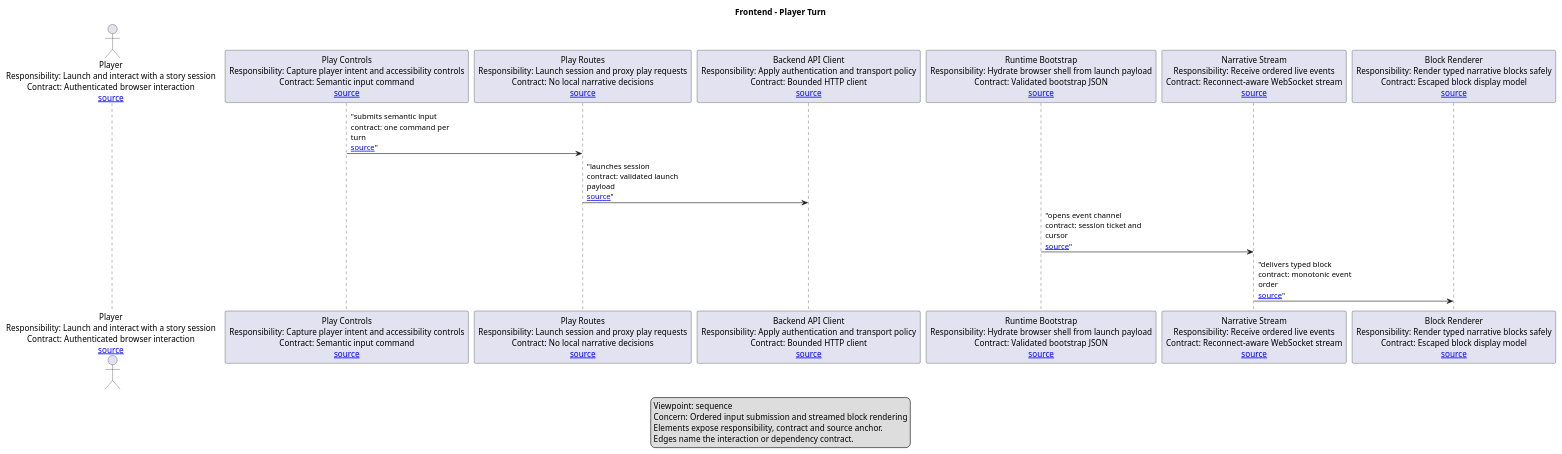
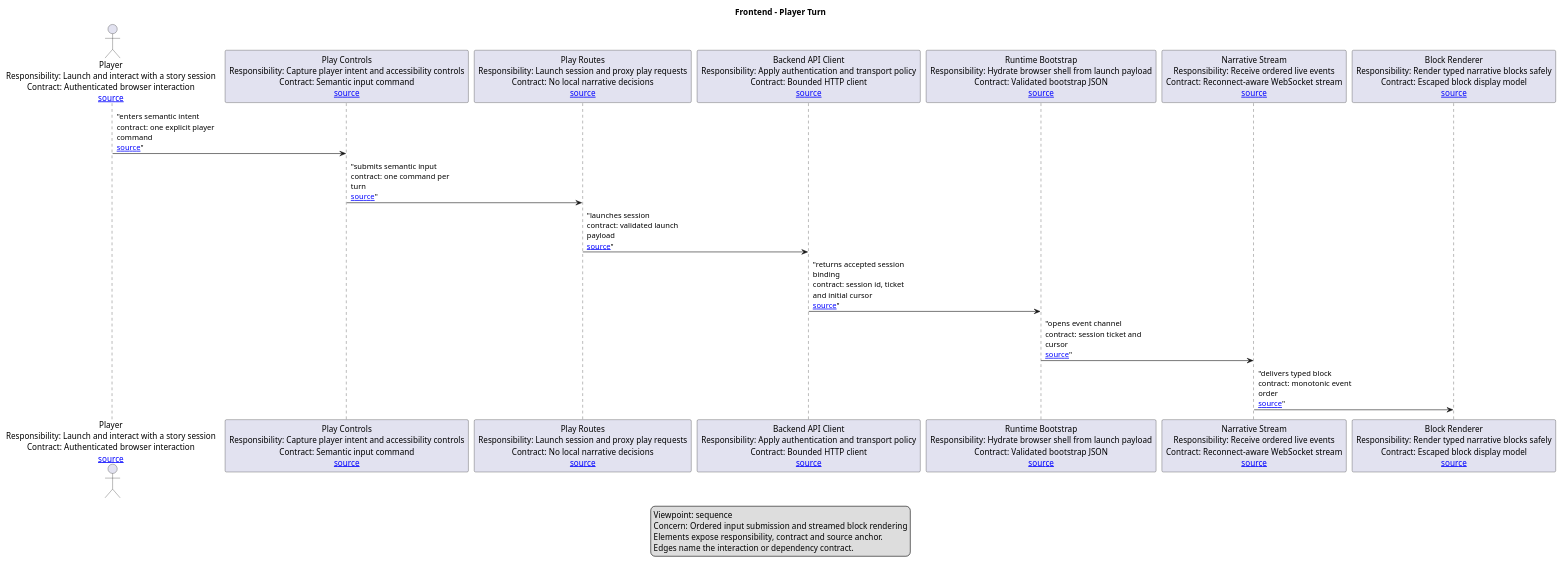
Before and after one commit to Held0fTheWelt/ASHEN-SHELL: the diagram in UML/Components/frontend/sequence/player-turn-sequence.puml, drawn with PlantUML. The commit also changed 146 other files, not shown here.

Commit message:
feat(architecture): establish executable arc42 runtime design

```diff
--- a/UML/Components/frontend/sequence/player-turn-sequence.puml
+++ b/UML/Components/frontend/sequence/player-turn-sequence.puml
@@ -1,37 +1,39 @@
 @startuml
 ' bt-view-kind: sequence
 ' bt-view-id: frontend:player-turn
 title Frontend - Player Turn
 
 skinparam shadowing false
 skinparam wrapWidth 220
 skinparam maxMessageSize 180
 
 ' bt-element-id: player
 ' bt-element-id: controls
 ' bt-element-id: play_routes
 ' bt-element-id: api_client
 ' bt-element-id: bootstrap
 ' bt-element-id: stream
 ' bt-element-id: renderer
 
 actor "Player\nResponsibility: Launch and interact with a story session\nContract: Authenticated browser interaction\n[[../../../../frontend/templates/session_shell.html source]]" as player
 participant "Play Controls\nResponsibility: Capture player intent and accessibility controls\nContract: Semantic input command\n[[../../../../frontend/static/play_controls.js source]]" as controls
 participant "Play Routes\nResponsibility: Launch session and proxy play requests\nContract: No local narrative decisions\n[[../../../../frontend/app/routes_play.py source]]" as play_routes
 participant "Backend API Client\nResponsibility: Apply authentication and transport policy\nContract: Bounded HTTP client\n[[../../../../frontend/app/api_client.py source]]" as api_client
 participant "Runtime Bootstrap\nResponsibility: Hydrate browser shell from launch payload\nContract: Validated bootstrap JSON\n[[../../../../frontend/static/play_runtime_bootstrap.js source]]" as bootstrap
 participant "Narrative Stream\nResponsibility: Receive ordered live events\nContract: Reconnect-aware WebSocket stream\n[[../../../../frontend/static/play_narrative_stream.js source]]" as stream
 participant "Block Renderer\nResponsibility: Render typed narrative blocks safely\nContract: Escaped block display model\n[[../../../../frontend/static/play_block_renderer.js source]]" as renderer
 
+player -> controls : "enters semantic intent\ncontract: one explicit player command\n[[../../../../frontend/static/play_controls.js source]]"
 controls -> play_routes : "submits semantic input\ncontract: one command per turn\n[[../../../../frontend/static/play_controls.js source]]"
 play_routes -> api_client : "launches session\ncontract: validated launch payload\n[[../../../../frontend/app/routes_play.py source]]"
+api_client -> bootstrap : "returns accepted session binding\ncontract: session id, ticket and initial cursor\n[[../../../../frontend/static/play_runtime_bootstrap.js source]]"
 bootstrap -> stream : "opens event channel\ncontract: session ticket and cursor\n[[../../../../frontend/static/play_runtime_bootstrap.js source]]"
 stream -> renderer : "delivers typed block\ncontract: monotonic event order\n[[../../../../frontend/static/play_narrative_stream.js source]]"
 
 legend bottom
 Viewpoint: sequence
 Concern: Ordered input submission and streamed block rendering
 Elements expose responsibility, contract and source anchor.
 Edges name the interaction or dependency contract.
 endlegend
 @enduml
```
